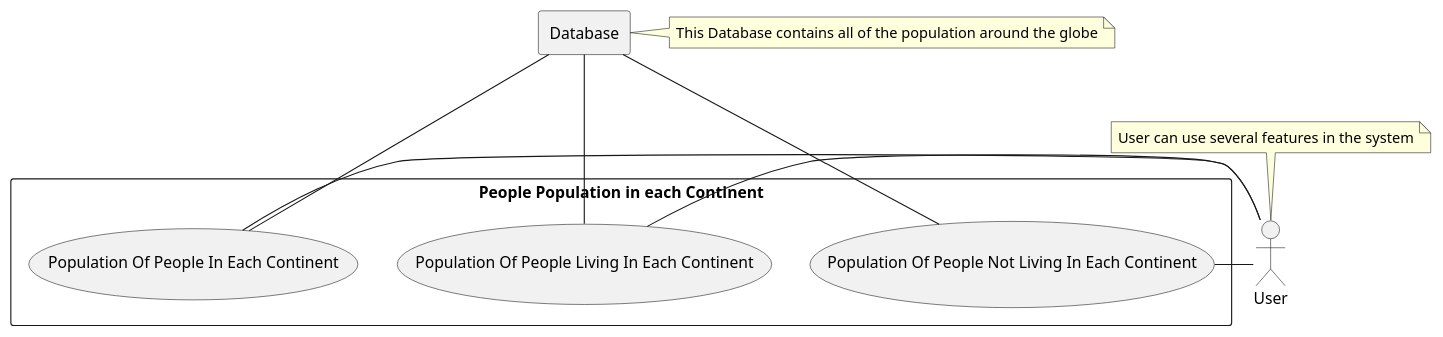
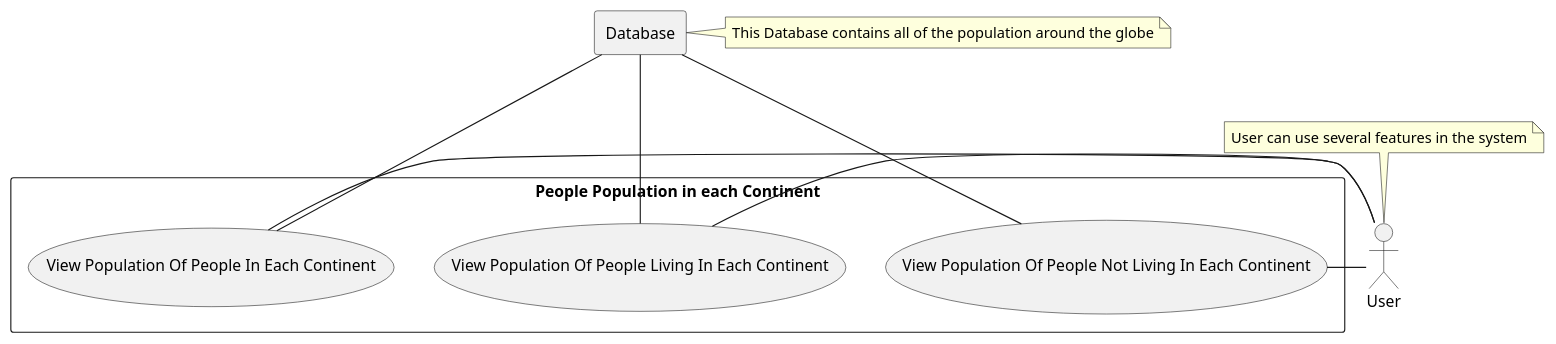
One commit to 40437404/DevOps_SET09623 changed the diagram in use-cases/PopulationOfPeopleInEachContinent.puml. Above: the diagram before and after it, drawn with PlantUML. The commit also changed 9 other files, not shown here.

Commit message:
UseCase Diagrams Updated

```diff
--- a/use-cases/PopulationOfPeopleInEachContinent.puml
+++ b/use-cases/PopulationOfPeopleInEachContinent.puml
@@ -1,17 +1,17 @@
 @startuml
     actor user as "User"
         note top of user: User can use several features in the system
         rectangle db as "Database"
         note right of db: This Database contains all of the population around the globe
     rectangle "People Population in each Continent"{
-        usecase PC1 as "Population Of People In Each Continent"
-        usecase PC2 as "Population Of People Living In Each Continent"
-        usecase PC3 as "Population Of People Not Living In Each Continent"
+        usecase PC1 as "View Population Of People In Each Continent"
+        usecase PC2 as "View Population Of People Living In Each Continent"
+        usecase PC3 as "View Population Of People Not Living In Each Continent"
         user - PC1
         user - PC2
         user - PC3
         db --- PC1
         db --- PC2
         db --- PC3
     }
 @enduml
```
